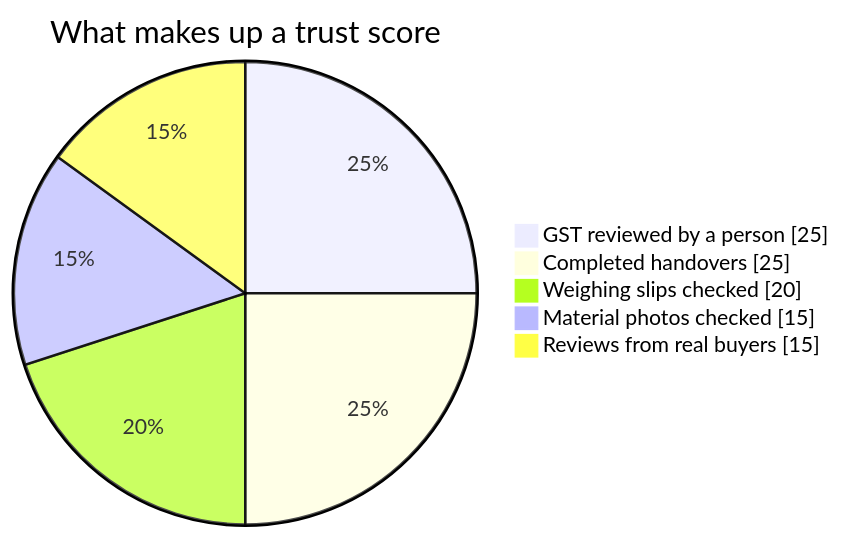
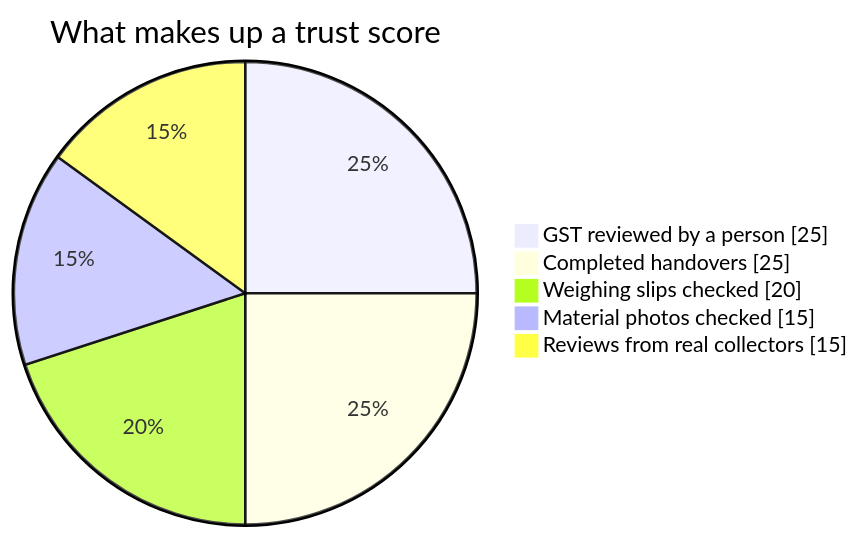
Before and after one commit to Dhruvil1308/MaterialSetu-for-HackOut-26: the fourth of 5 diagrams in README.md, drawn with Mermaid. The commit also changed other lines of this file and 19 other files, not shown here.

````diff
--- a/README.md
+++ b/README.md
@@ -173,9 +253,9 @@
 ```mermaid
 pie showData
     title What makes up a trust score
     "GST reviewed by a person" : 25
     "Completed handovers" : 25
     "Weighing slips checked" : 20
     "Material photos checked" : 15
-    "Reviews from real buyers" : 15
+    "Reviews from real collectors" : 15
 ```
````
